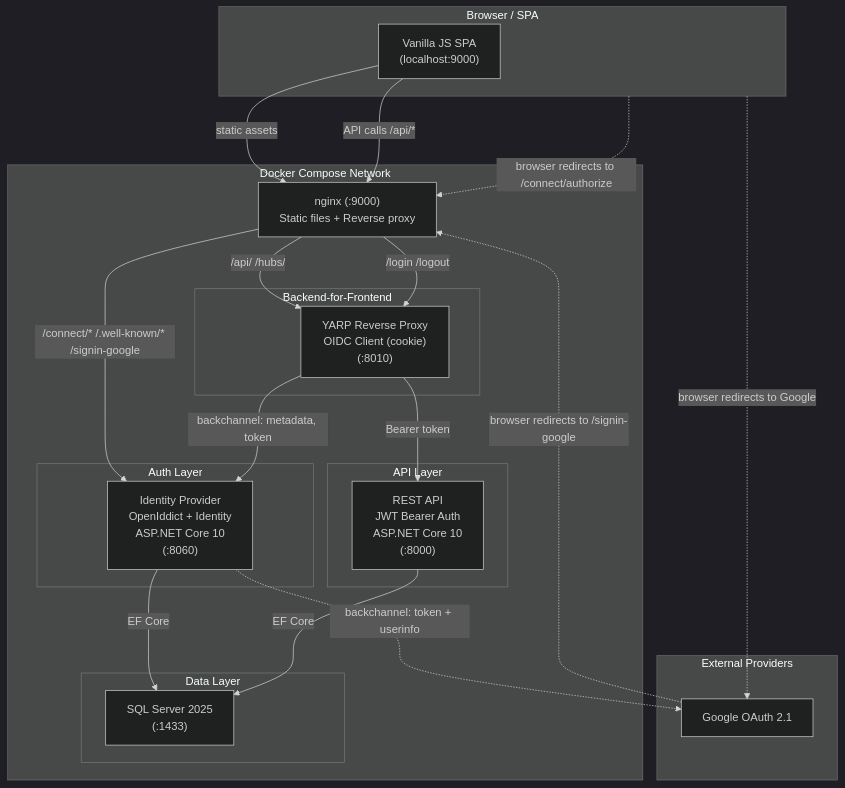
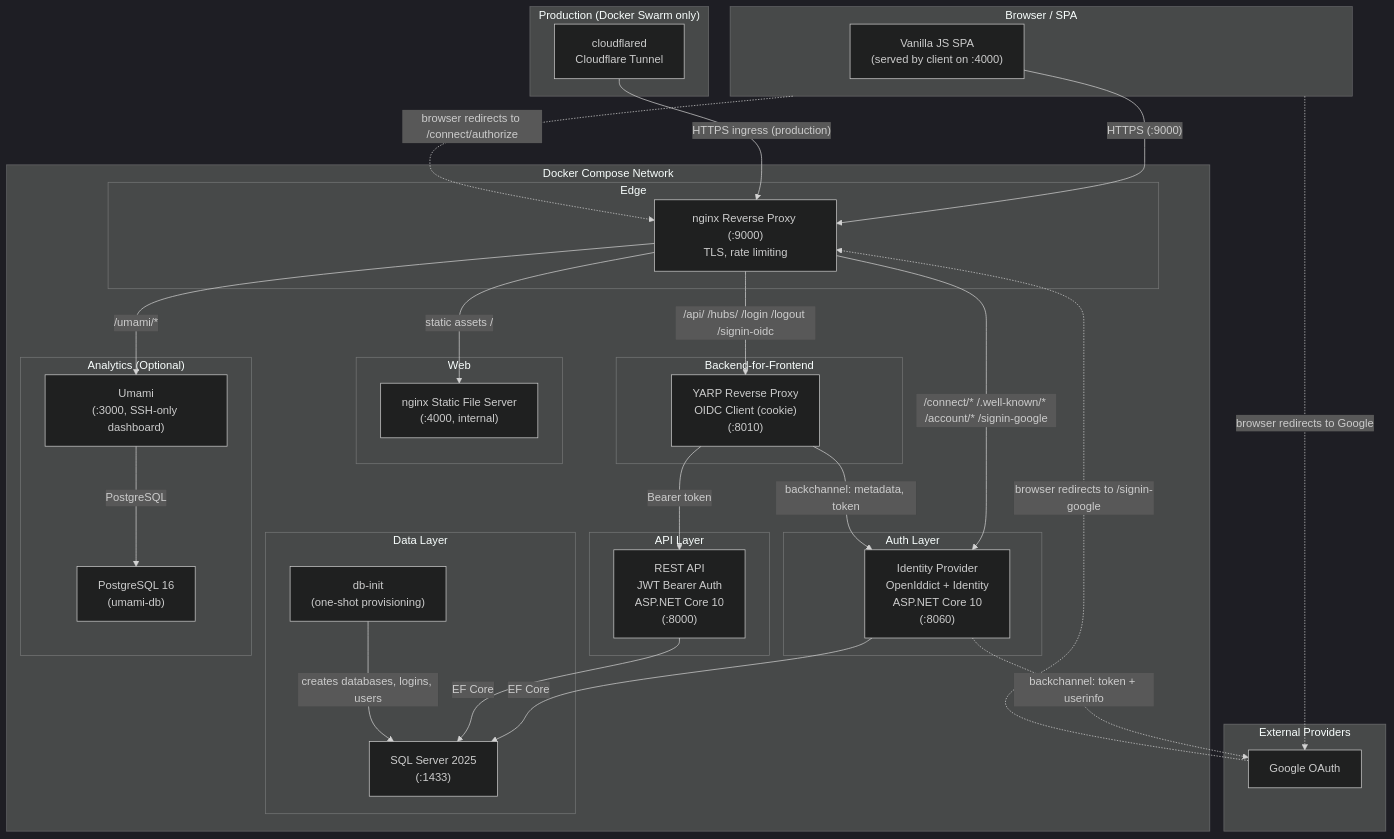
The first of 3 diagrams in README.md (CherryTreeGee811/Promise-Model-Online), drawn with Mermaid (dark theme) before and after one commit. The commit also changed other lines of this file and 7 other files, not shown here.

First line of the commit message:
Fix client lint and typecheck errors; gitignore secret archives; refresh README architecture docs

````diff
--- a/README.md
+++ b/README.md
@@ -9,45 +9,64 @@
 ```mermaid
 graph TB
     subgraph Browser["Browser / SPA"]
-        SPA["Vanilla JS SPA<br/>(localhost:9000)"]
+        SPA["Vanilla JS SPA<br/>(served by client on :4000)"]
     end
 
     subgraph Docker["Docker Compose Network"]
-        NGINX["nginx (:9000)<br/>Static files + Reverse proxy"]
+        subgraph Edge["Edge"]
+            PROXY["nginx Reverse Proxy (:9000)<br/>TLS, rate limiting"]
+        end
+
+        subgraph Web["Web"]
+            CLIENT["nginx Static File Server<br/>(:4000, internal)"]
+        end
 
         subgraph BFF["Backend-for-Frontend"]
             BFF_SVC["YARP Reverse Proxy<br/>OIDC Client (cookie)<br/>(:8010)"]
         end
 
         subgraph API["API Layer"]
             API_SVC["REST API<br/>JWT Bearer Auth<br/>ASP.NET Core 10<br/>(:8000)"]
         end
 
         subgraph Auth["Auth Layer"]
             AUTH_SVC["Identity Provider<br/>OpenIddict + Identity<br/>ASP.NET Core 10<br/>(:8060)"]
         end
 
         subgraph Storage["Data Layer"]
             SQL["SQL Server 2025<br/>(:1433)"]
+            DBINIT["db-init<br/>(one-shot provisioning)"]
+        end
+
+        subgraph Analytics["Analytics (Optional)"]
+            UMAMI["Umami<br/>(:3000, SSH-only dashboard)"]
+            UMAMIDB["PostgreSQL 16<br/>(umami-db)"]
         end
     end
 
-    subgraph External["External Providers"]
-        GOOGLE["Google OAuth 2.1"]
+    subgraph Production["Production (Docker Swarm only)"]
+        CLOUDFLARE["cloudflared<br/>Cloudflare Tunnel"]
     end
 
-    SPA -- "static assets" --> NGINX
-    SPA -- "API calls /api/*" --> NGINX
-    NGINX -- "/api/ /hubs/" --> BFF_SVC
-    NGINX -- "/connect/* /.well-known/* /signin-google" --> AUTH_SVC
-    NGINX -- "/login /logout" --> BFF_SVC
+    subgraph External["External Providers"]
+        GOOGLE["Google OAuth"]
+    end
+
+    SPA -- "HTTPS (:9000)" --> PROXY
+    PROXY -- "static assets /" --> CLIENT
+    PROXY -- "/api/ /hubs/ /login /logout /signin-oidc" --> BFF_SVC
+    PROXY -- "/connect/* /.well-known/* /account/* /signin-google" --> AUTH_SVC
+    PROXY -- "/umami/*" --> UMAMI
     BFF_SVC -- "backchannel: metadata, token" --> AUTH_SVC
     BFF_SVC -- "Bearer token" --> API_SVC
     AUTH_SVC -- "EF Core" --> SQL
     API_SVC -- "EF Core" --> SQL
+    DBINIT -- "creates databases, logins, users" --> SQL
+    UMAMI -- "PostgreSQL" --> UMAMIDB
 
-    Browser -. "browser redirects to /connect/authorize" .-> NGINX
+    Browser -. "browser redirects to /connect/authorize" .-> PROXY
     Browser -. "browser redirects to Google" .-> GOOGLE
-    GOOGLE -. "browser redirects to /signin-google" .-> NGINX
+    GOOGLE -. "browser redirects to /signin-google" .-> PROXY
     AUTH_SVC -. "backchannel: token + userinfo" .-> GOOGLE
+    CLOUDFLARE -- "HTTPS ingress (production)" --> PROXY
 ```
````
